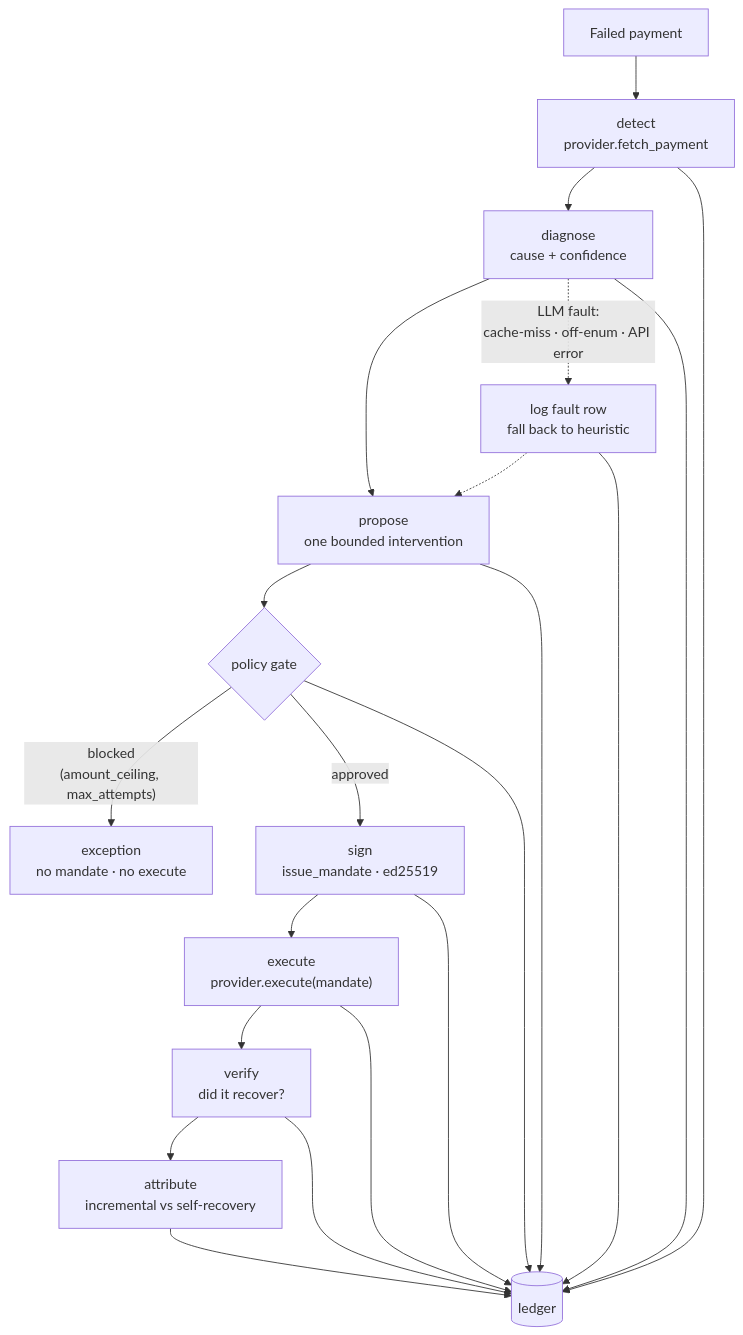
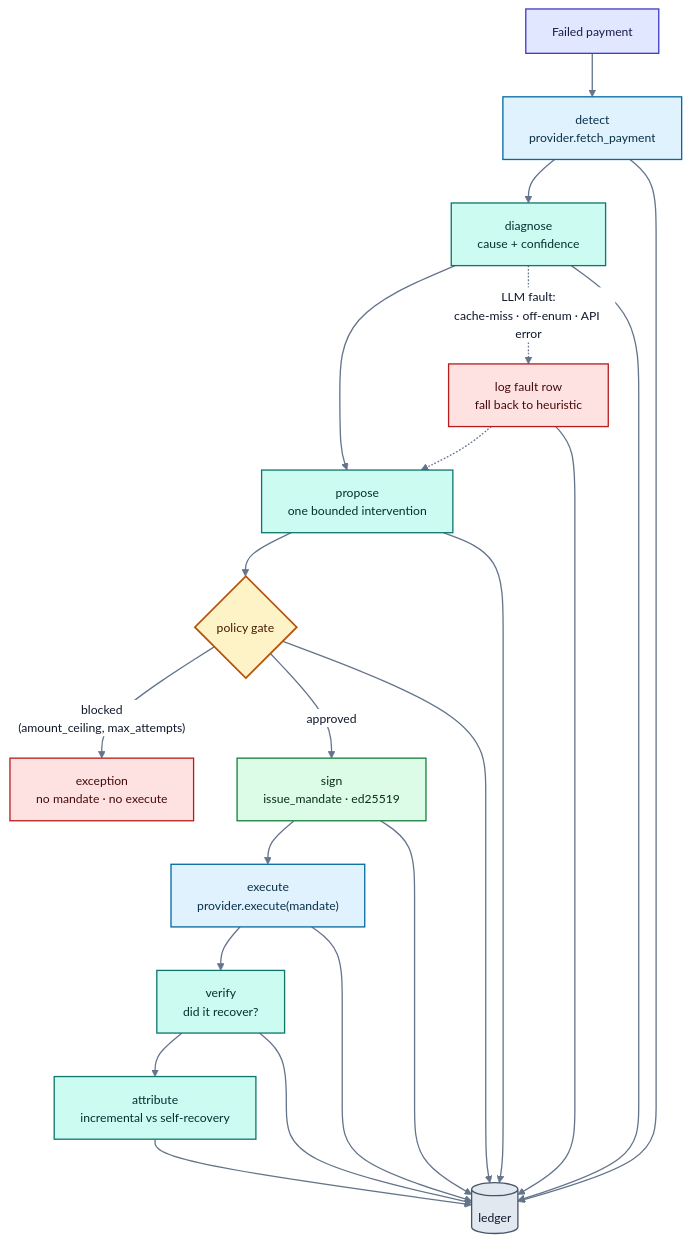
One commit to Vigyant05/razorpay_hack changed the second of 5 diagrams in README.md. Above: the diagram before and after it, drawn with Mermaid. The commit also changed other lines of this file, not shown here.

First line of the commit message:
Colour the README diagrams on a white canvas

````diff
--- a/README.md
+++ b/README.md
@@ -76,25 +98,47 @@
 ```mermaid
+%%{init: {'theme':'base','themeVariables':{'background':'#ffffff','primaryColor':'#f8fafc','primaryTextColor':'#0f172a','primaryBorderColor':'#94a3b8','secondaryColor':'#f1f5f9','tertiaryColor':'#ffffff','lineColor':'#64748b','fontSize':'14px','clusterBkg':'#fbfdff','clusterBorder':'#cbd5e1','edgeLabelBackground':'#ffffff','nodeTextColor':'#0f172a','titleColor':'#0f172a'}}}%%
 flowchart TD
   A["Failed payment"] --> B["detect<br/>provider.fetch_payment"]
   B --> C["diagnose<br/>cause + confidence"]
   C --> D["propose<br/>one bounded intervention"]
   D --> E{"policy gate"}
   E -->|"blocked<br/>(amount_ceiling, max_attempts)"| X["exception<br/>no mandate · no execute"]
   E -->|approved| F["sign<br/>issue_mandate · ed25519"]
   F --> G["execute<br/>provider.execute(mandate)"]
   G --> H["verify<br/>did it recover?"]
   H --> I["attribute<br/>incremental vs self-recovery"]
 
   C -.->|"LLM fault:<br/>cache-miss · off-enum · API error"| Z["log fault row<br/>fall back to heuristic"]
   Z -.-> D
 
   B --> L[("ledger")]
   C --> L
   D --> L
   E --> L
   F --> L
   G --> L
   H --> L
   I --> L
   Z --> L
+
+  classDef entry fill:#e0e7ff,stroke:#4338ca,stroke-width:1.5px,color:#1e1b4b
+  classDef gate fill:#fef3c7,stroke:#b45309,stroke-width:2px,color:#451a03
+  classDef sign fill:#dcfce7,stroke:#15803d,stroke-width:1.5px,color:#052e16
+  classDef prov fill:#e0f2fe,stroke:#0369a1,stroke-width:1.5px,color:#082f49
+  classDef llm fill:#f3e8ff,stroke:#7c3aed,stroke-width:1.5px,color:#2e1065
+  classDef store fill:#e2e8f0,stroke:#475569,stroke-width:1.5px,color:#0f172a
+  classDef bad fill:#fee2e2,stroke:#b91c1c,stroke-width:1.5px,color:#450a0a
+  classDef calc fill:#ccfbf1,stroke:#0f766e,stroke-width:1.5px,color:#042f2e
+  classDef view fill:#fce7f3,stroke:#be185d,stroke-width:1.5px,color:#500724
+
+  class A entry
+  class B,G prov
+  class C,D calc
+  class E gate
+  class F sign
+  class H,I calc
+  class X,Z bad
+  class L store
+
+  linkStyle default stroke:#64748b,stroke-width:1.5px
 ```
````
